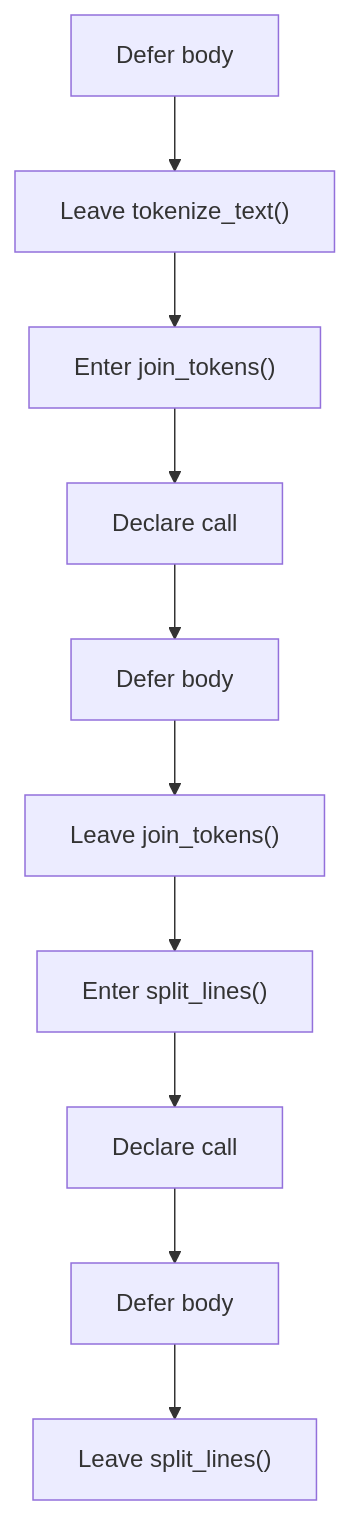
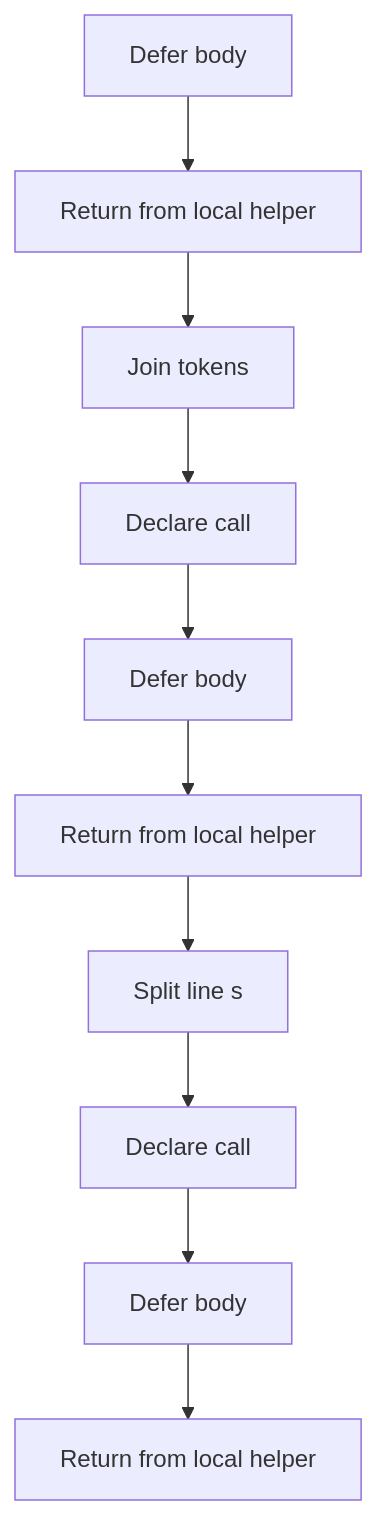
One commit to JohnAndrewBalbarosa/NeoTerritory changed the fifth of 8 diagrams in docs/Codebase/Microservice/Modules/Header/SyntacticBrokenAST/Trees/Actual/Internal/Flow/parse_tree_internal_program_flow_01.hpp.md. Above: the diagram before and after it, drawn with Mermaid. The commit also changed other lines of this file and 925 other files, not shown here.

````diff
--- a/docs/Codebase/Microservice/Modules/Header/SyntacticBrokenAST/Trees/Actual/Internal/Flow/parse_tree_internal_program_flow_01.hpp.md
+++ b/docs/Codebase/Microservice/Modules/Header/SyntacticBrokenAST/Trees/Actual/Internal/Flow/parse_tree_internal_program_flow_01.hpp.md
@@ -119,22 +119,22 @@
 ```mermaid
 flowchart TD
     N0["Defer body"]
-    N1["Leave tokenize_text()"]
-    N2["Enter join_tokens()"]
+    N1["Return from local helper"]
+    N2["Join tokens"]
     N3["Declare call"]
     N4["Defer body"]
-    N5["Leave join_tokens()"]
-    N6["Enter split_lines()"]
+    N5["Return from local helper"]
+    N6["Split line s"]
     N7["Declare call"]
     N8["Defer body"]
-    N9["Leave split_lines()"]
+    N9["Return from local helper"]
     N0 --> N1
     N1 --> N2
     N2 --> N3
     N3 --> N4
     N4 --> N5
     N5 --> N6
     N6 --> N7
     N7 --> N8
     N8 --> N9
 ```
````
